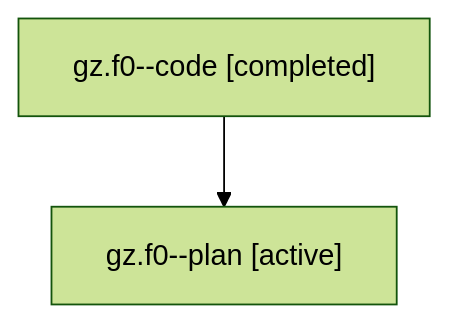
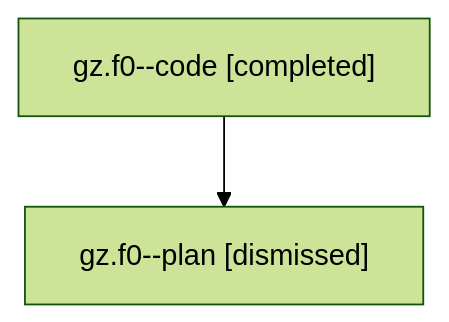
The diagram in sessions/bbugyi200.athena.gz.f0.md (sase-org/sase--agents), drawn with Mermaid (forest theme) before and after one commit. The commit also changed other lines of this file and 74 other files, not shown here.

````diff
--- a/sessions/bbugyi200.athena.gz.f0.md
+++ b/sessions/bbugyi200.athena.gz.f0.md
@@ -9,6 +9,6 @@
 ```mermaid
 flowchart TD
   n0["gz.f0--code [completed]"]
-  n1["gz.f0--plan [active]"]
+  n1["gz.f0--plan [dismissed]"]
   n0 --> n1
 ```
````
